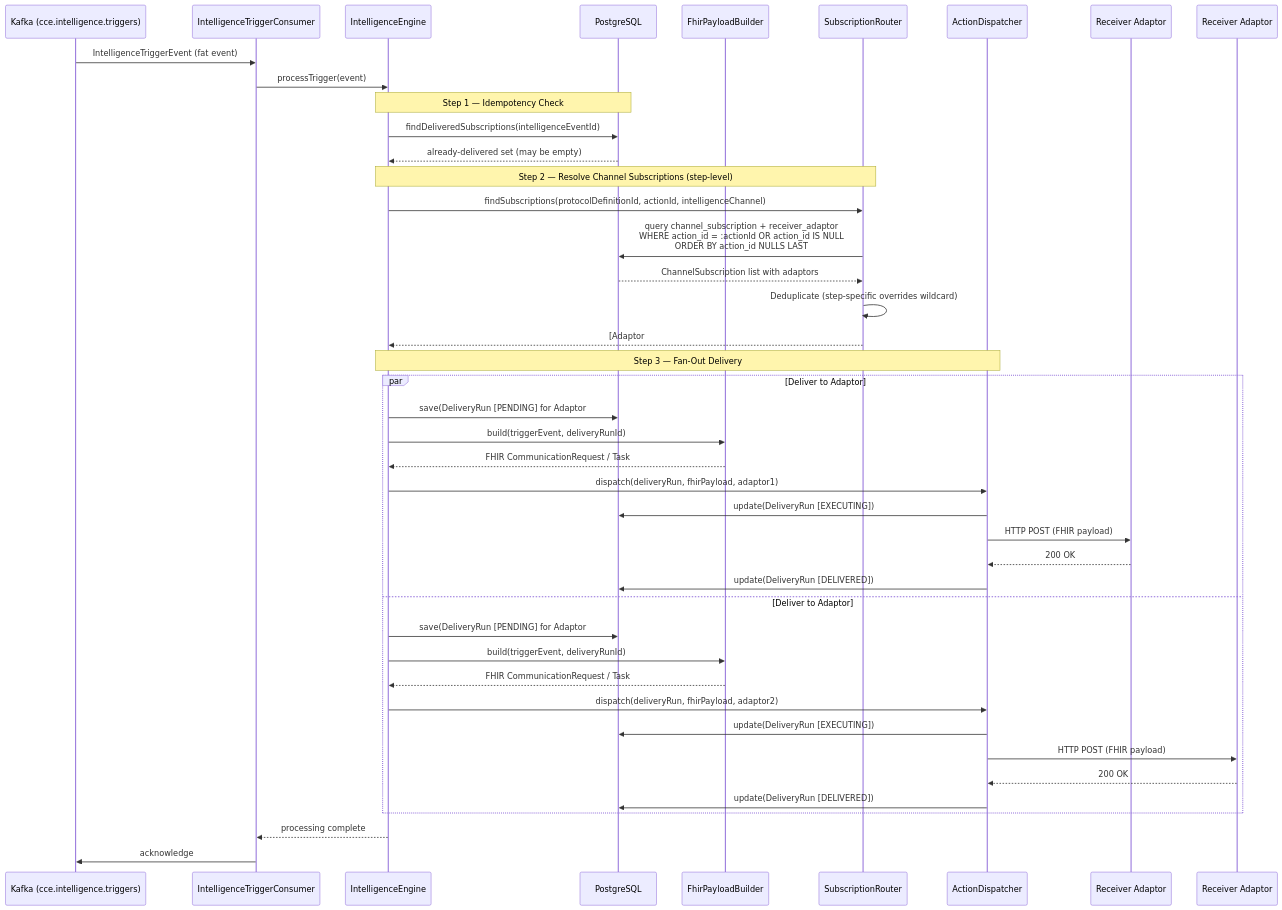
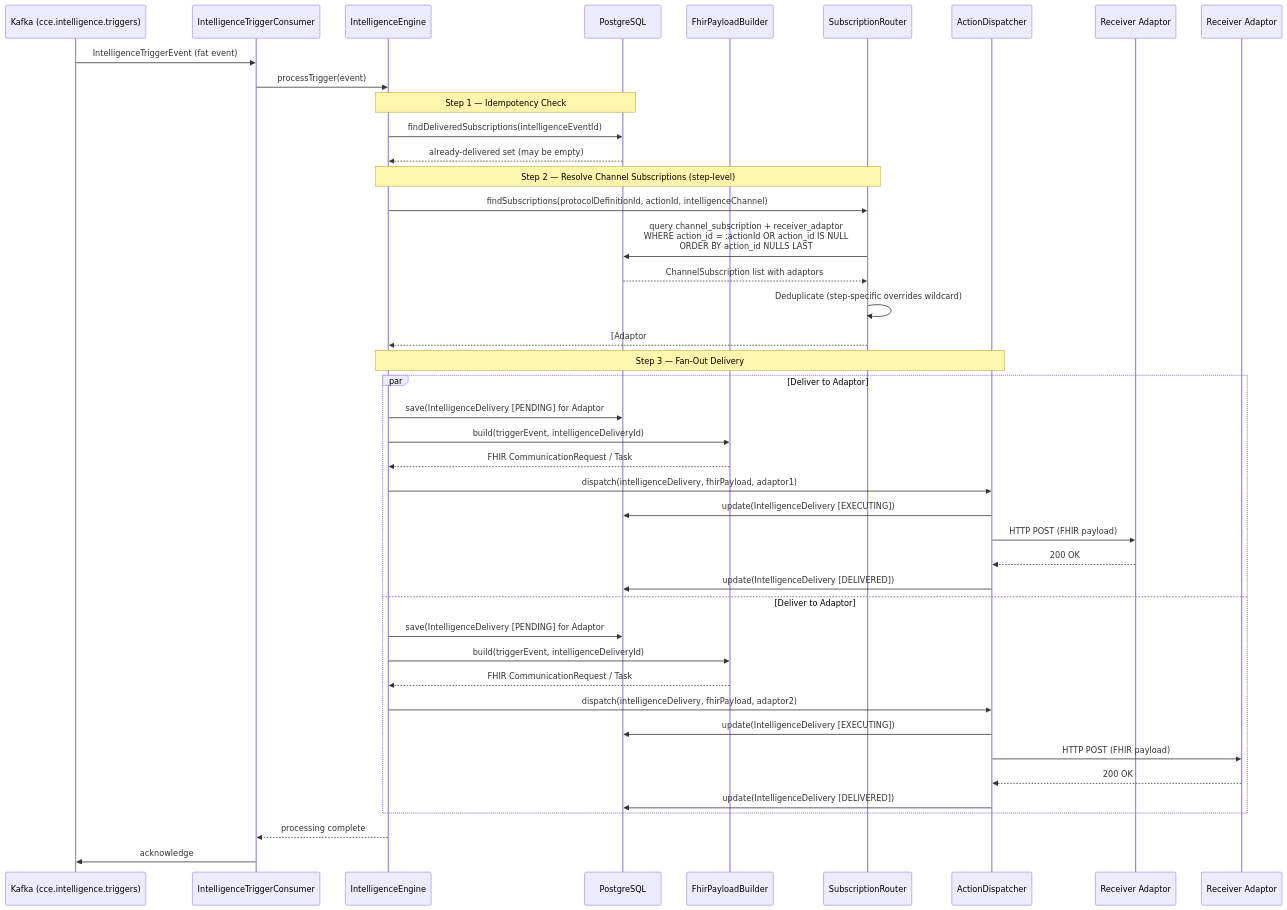
One commit to Jayaprakash8887/cce-intelligence-service changed the second of 13 diagrams in docs/flow-diagrams.md. Above: the diagram before and after it, drawn with Mermaid. The commit also changed other lines of this file and 6 other files, not shown here.

First line of the commit message:
refactor: rename delivery_run and related entities to intelligence_delivery

````diff
--- a/docs/flow-diagrams.md
+++ b/docs/flow-diagrams.md
@@ -58,50 +58,50 @@
 ```mermaid
 sequenceDiagram
     participant Kafka as Kafka (cce.intelligence.triggers)
     participant Consumer as IntelligenceTriggerConsumer
     participant Engine as IntelligenceEngine
     participant DB as PostgreSQL
     participant Builder as FhirPayloadBuilder
     participant Router as SubscriptionRouter
     participant Dispatcher as ActionDispatcher
     participant Webhook1 as Receiver Adaptor #1
     participant Webhook2 as Receiver Adaptor #2
 
     Kafka->>Consumer: IntelligenceTriggerEvent (fat event)
     Consumer->>Engine: processTrigger(event)
 
     Note over Engine,DB: Step 1 — Idempotency Check
     Engine->>DB: findDeliveredSubscriptions(intelligenceEventId)
     DB-->>Engine: already-delivered set (may be empty)
 
     Note over Engine,Router: Step 2 — Resolve Channel Subscriptions (step-level)
     Engine->>Router: findSubscriptions(protocolDefinitionId, actionId, intelligenceChannel)
     Router->>DB: query channel_subscription + receiver_adaptor<br/>WHERE action_id = :actionId OR action_id IS NULL<br/>ORDER BY action_id NULLS LAST
     DB-->>Router: ChannelSubscription list with adaptors
     Router->>Router: Deduplicate (step-specific overrides wildcard)
     Router-->>Engine: [Adaptor #1, Adaptor #2] minus already-delivered
 
     Note over Engine,Dispatcher: Step 3 — Fan-Out Delivery
     par Deliver to Adaptor #1
-        Engine->>DB: save(DeliveryRun [PENDING] for Adaptor #1)
-        Engine->>Builder: build(triggerEvent, deliveryRunId)
+        Engine->>DB: save(IntelligenceDelivery [PENDING] for Adaptor #1)
+        Engine->>Builder: build(triggerEvent, intelligenceDeliveryId)
         Builder-->>Engine: FHIR CommunicationRequest / Task
-        Engine->>Dispatcher: dispatch(deliveryRun, fhirPayload, adaptor1)
-        Dispatcher->>DB: update(DeliveryRun [EXECUTING])
+        Engine->>Dispatcher: dispatch(intelligenceDelivery, fhirPayload, adaptor1)
+        Dispatcher->>DB: update(IntelligenceDelivery [EXECUTING])
         Dispatcher->>Webhook1: HTTP POST (FHIR payload)
         Webhook1-->>Dispatcher: 200 OK
-        Dispatcher->>DB: update(DeliveryRun [DELIVERED])
+        Dispatcher->>DB: update(IntelligenceDelivery [DELIVERED])
     and Deliver to Adaptor #2
-        Engine->>DB: save(DeliveryRun [PENDING] for Adaptor #2)
-        Engine->>Builder: build(triggerEvent, deliveryRunId)
+        Engine->>DB: save(IntelligenceDelivery [PENDING] for Adaptor #2)
+        Engine->>Builder: build(triggerEvent, intelligenceDeliveryId)
         Builder-->>Engine: FHIR CommunicationRequest / Task
-        Engine->>Dispatcher: dispatch(deliveryRun, fhirPayload, adaptor2)
-        Dispatcher->>DB: update(DeliveryRun [EXECUTING])
+        Engine->>Dispatcher: dispatch(intelligenceDelivery, fhirPayload, adaptor2)
+        Dispatcher->>DB: update(IntelligenceDelivery [EXECUTING])
         Dispatcher->>Webhook2: HTTP POST (FHIR payload)
         Webhook2-->>Dispatcher: 200 OK
-        Dispatcher->>DB: update(DeliveryRun [DELIVERED])
+        Dispatcher->>DB: update(IntelligenceDelivery [DELIVERED])
     end
 
     Engine-->>Consumer: processing complete
     Consumer->>Kafka: acknowledge
 ```
````
